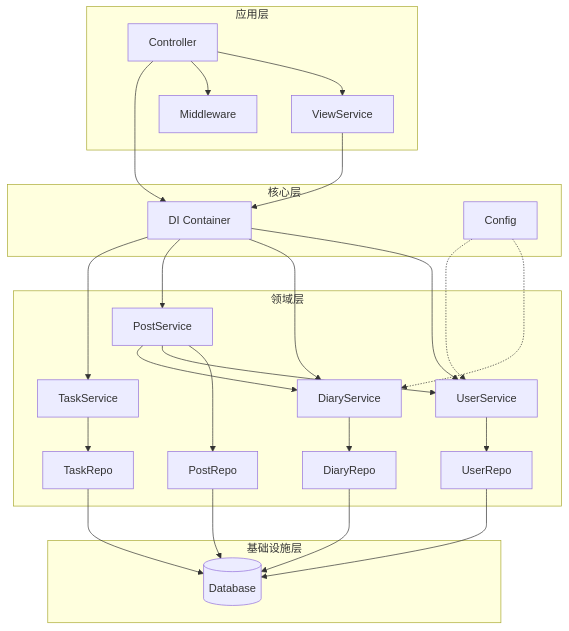
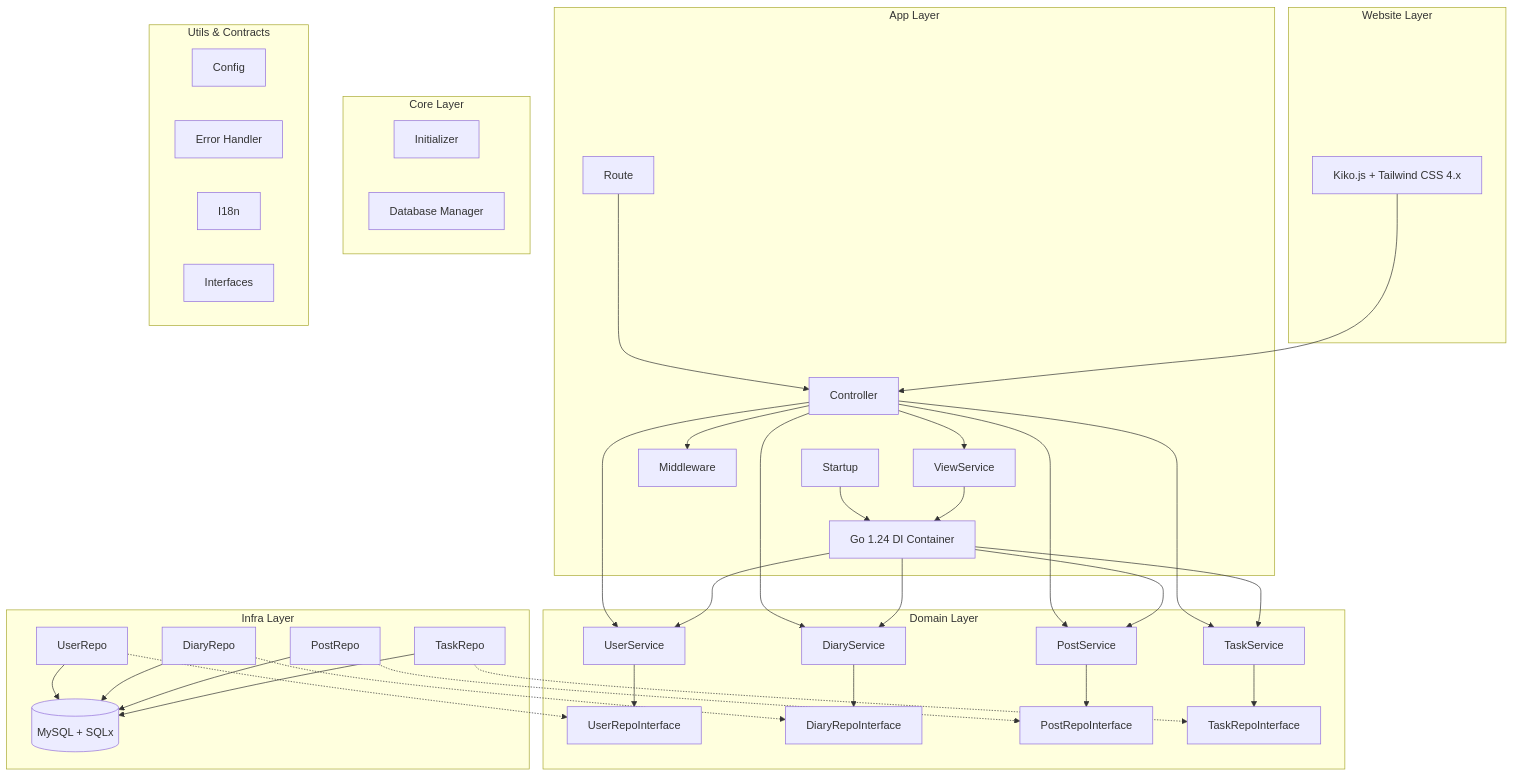
One commit to artsyne/uno-ui changed the diagram in docs/dependency-analysis-report.md. Above: the diagram before and after it, drawn with Mermaid. The commit also changed other lines of this file and 4 other files, not shown here.

````diff
--- a/docs/dependency-analysis-report.md
+++ b/docs/dependency-analysis-report.md
@@ -196,35 +243,55 @@
 ```mermaid
 graph TB
-    subgraph "应用层"
+    subgraph "Website Layer"
+        W[Kiko.js + Tailwind CSS 4.x]
+    end
+
+    subgraph "App Layer"
         C[Controller] --> V[ViewService]
         C --> M[Middleware]
+        R[Route] --> C
+        S[Startup] --> DI
     end
 
-    subgraph "领域层"
-        US[UserService] --> UR[UserRepo]
-        DS[DiaryService] --> DR[DiaryRepo]
-        PS[PostService] --> PR[PostRepo]
-        PS --> US
-        PS --> DS
-        TS[TaskService] --> TR[TaskRepo]
+    subgraph "Domain Layer"
+        US[UserService] --> URI[UserRepoInterface]
+        DS[DiaryService] --> DRI[DiaryRepoInterface]
+        PS[PostService] --> PRI[PostRepoInterface]
+        TS[TaskService] --> TRI[TaskRepoInterface]
     end
 
-    subgraph "基础设施层"
-        UR --> DB[(Database)]
-        DR --> DB
-        PR --> DB
-        TR --> DB
+    subgraph "Infra Layer"
+        UR[UserRepo] --> DB[(MySQL + SQLx)]
+        DR[DiaryRepo] --> DB
+        PR[PostRepo] --> DB
+        TR[TaskRepo] --> DB
+        UR -.-> URI
+        DR -.-> DRI
+        PR -.-> PRI
+        TR -.-> TRI
     end
 
-    subgraph "核心层"
-        DI[DI Container] --> US
-        DI --> DS
-        DI --> PS
-        DI --> TS
-        CONFIG[Config] -.-> DS
-        CONFIG -.-> US
+    subgraph "Core Layer"
+        DI[Go 1.24 DI Container]
+        INIT[Initializer]
+        DATABASE[Database Manager]
     end
 
-    C --> DI
+    subgraph "Utils & Contracts"
+        CONFIG[Config]
+        ERROR[Error Handler]
+        I18N[I18n]
+        CONTRACTS[Interfaces]
+    end
+
+    C --> US
+    C --> DS
+    C --> PS
+    C --> TS
     V --> DI
+    DI --> US
+    DI --> DS
+    DI --> PS
+    DI --> TS
+    W --> C
 ```
````
